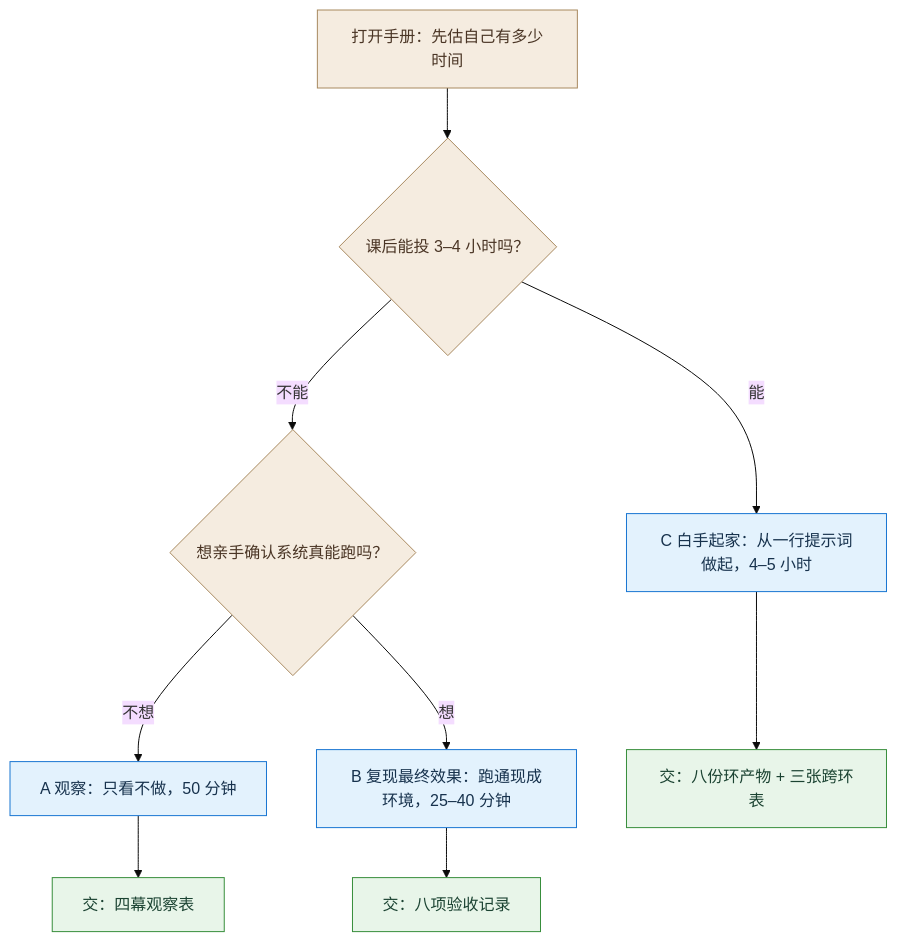
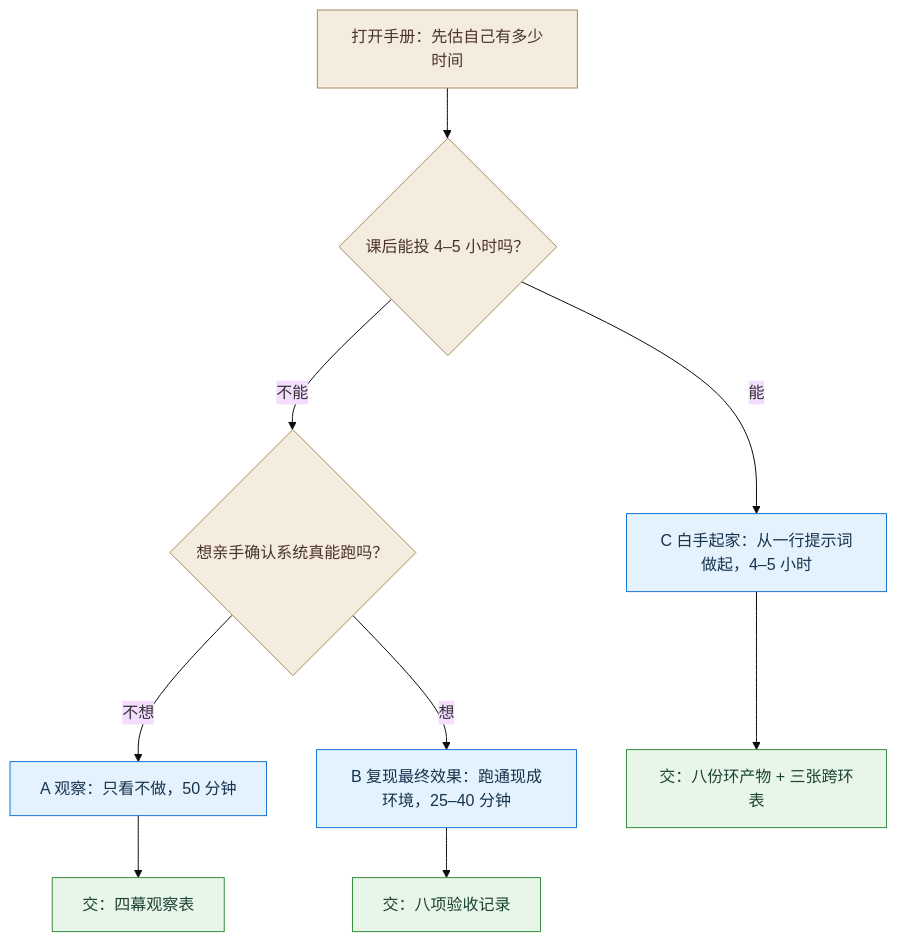
One commit to cloudzun/mingzhou changed the first of 3 diagrams in content/01.md. Above: the diagram before and after it, drawn with Mermaid (base theme). The commit also changed other lines of this file and 2 other files, not shown here.

Commit message:
content: 1 篇 A+B 自查——图 1-1 时长改 4–5、入口去矛盾、关注点补条、Out of Scope 正名、R2 QA 结论与同族复核纠错、B-2 删冗余 override 等 12 处；0 章同句修正

````diff
--- a/content/01.md
+++ b/content/01.md
@@ -25,19 +25,19 @@
 ```mermaid
 flowchart TD
-  S["打开手册：先估自己有多少时间"] --> Q1{"课后能投 3–4 小时吗？"}
+  S["打开手册：先估自己有多少时间"] --> Q1{"课后能投 4–5 小时吗？"}
   Q1 -->|"不能"| Q2{"想亲手确认系统真能跑吗？"}
   Q2 -->|"不想"| A["A 观察：只看不做，50 分钟"]
   Q2 -->|"想"| B["B 复现最终效果：跑通现成环境，25–40 分钟"]
   Q1 -->|"能"| C["C 白手起家：从一行提示词做起，4–5 小时"]
   A --> OA["交：四幕观察表"]
   B --> OB["交：八项验收记录"]
   C --> OC["交：八份环产物 + 三张跨环表"]
 classDef blue fill:#e3f2fd,stroke:#1976d2,color:#17324d;
 classDef green fill:#e8f5e9,stroke:#388e3c,color:#1b4332;
 classDef red fill:#fdecea,stroke:#d94f4f,color:#5c1d1d;
 classDef warm fill:#f5ece0,stroke:#a8895f,color:#4a3525;
 classDef gray fill:#eceff1,stroke:#607d8b,color:#263238;
   class S,Q1,Q2 warm;
   class A,B,C blue;
   class OA,OB,OC green;
 ```
````
